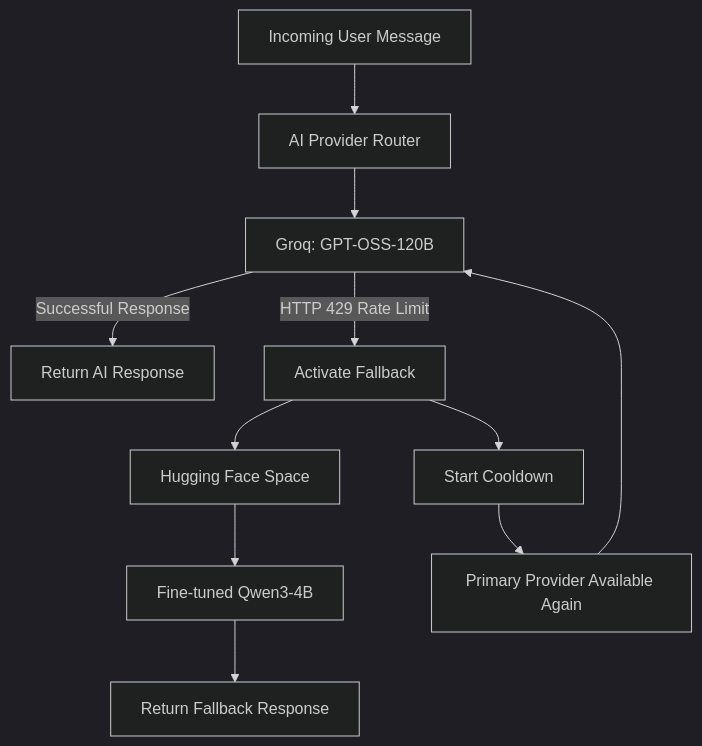
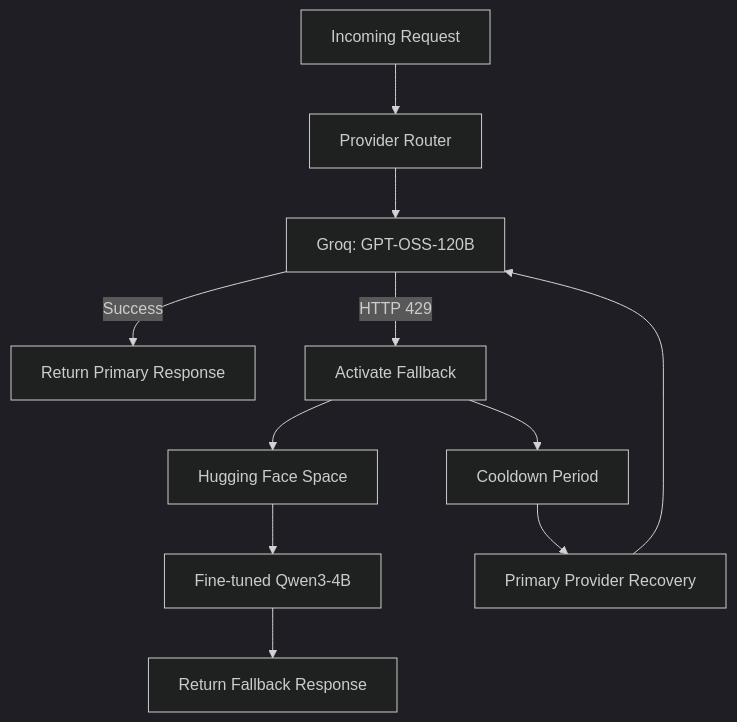
The second of 3 diagrams in README.md (anshh-py/Car-World), drawn with Mermaid (dark theme) before and after one commit. The commit also changed other lines of this file, not shown here.

````diff
--- a/README.md
+++ b/README.md
@@ -130,16 +176,16 @@
 ```mermaid
 flowchart TD
-    A["Incoming User Message"] --> B["AI Provider Router"]
+    A["Incoming Request"] --> B["Provider Router"]
     B --> C["Groq: GPT-OSS-120B"]
 
-    C -->|Successful Response| D["Return AI Response"]
-    C -->|HTTP 429 Rate Limit| E["Activate Fallback"]
+    C -->|Success| D["Return Primary Response"]
+    C -->|HTTP 429| E["Activate Fallback"]
 
     E --> F["Hugging Face Space"]
     F --> G["Fine-tuned Qwen3-4B"]
     G --> H["Return Fallback Response"]
 
-    E --> I["Start Cooldown"]
-    I --> J["Primary Provider Available Again"]
+    E --> I["Cooldown Period"]
+    I --> J["Primary Provider Recovery"]
     J --> C
 ```
````
